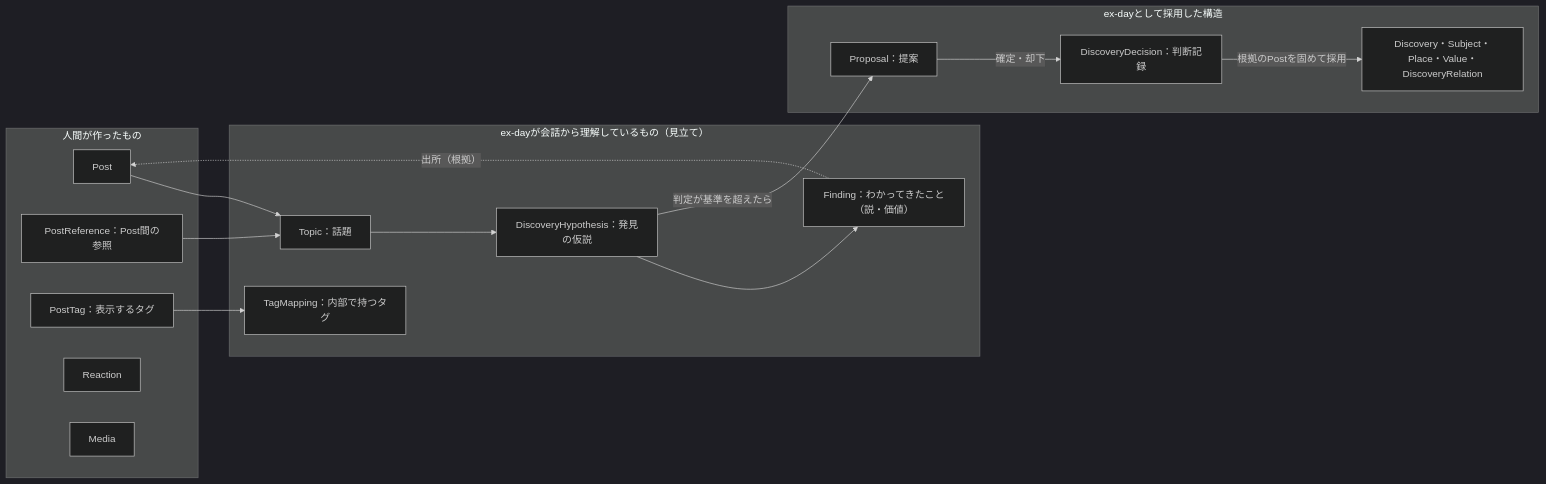
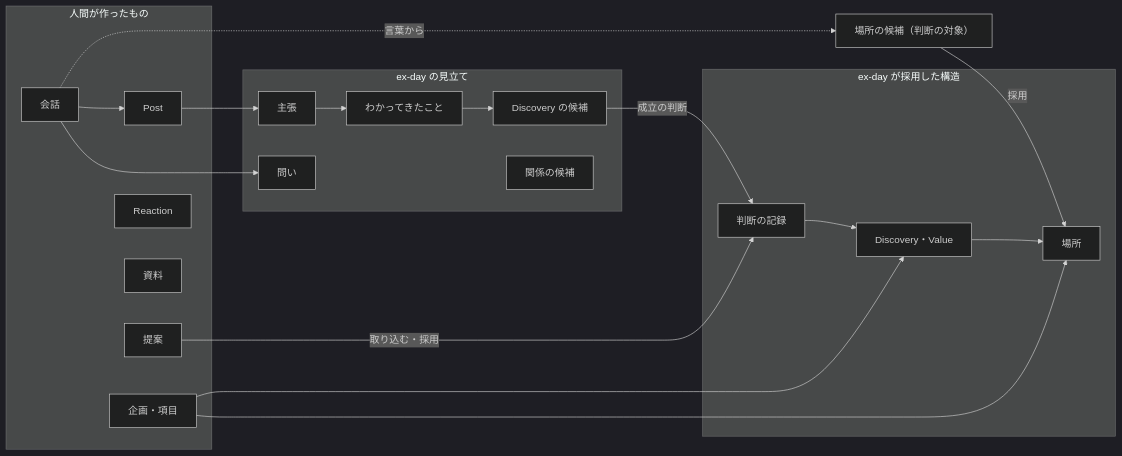
The first of 2 diagrams in docs/ex-day_domain_model.md (ex-day/platform), drawn with Mermaid (dark theme) before and after one commit. The commit also changed other lines of this file, not shown here.

````diff
--- a/docs/ex-day_domain_model.md
+++ b/docs/ex-day_domain_model.md
@@ -74,30 +81,36 @@
 ```mermaid
 flowchart LR
     subgraph H["人間が作ったもの"]
+        C["会話"]
         P["Post"]
-        PR["PostReference：Post間の参照"]
-        PT["PostTag：表示するタグ"]
+        PJ["企画・項目"]
+        PR["提案"]
         RE["Reaction"]
-        ME["Media"]
+        ME["資料"]
     end
-    subgraph V["ex-dayが会話から理解しているもの（見立て）"]
-        T["Topic：話題"]
-        HY["DiscoveryHypothesis：発見の仮説"]
-        F["Finding：わかってきたこと（説・価値）"]
-        TM["TagMapping：内部で持つタグ"]
+    subgraph V["ex-day の見立て"]
+        CL["主張"]
+        F["わかってきたこと"]
+        Q["問い"]
+        DC["Discovery の候補"]
+        PC["関係の候補"]
     end
-    subgraph A["ex-dayとして採用した構造"]
-        PP["Proposal：提案"]
-        DD["DiscoveryDecision：判断記録"]
-        D["Discovery・Subject・Place・Value・DiscoveryRelation"]
+    subgraph A["ex-day が採用した構造"]
+        PL["場所"]
+        D["Discovery・Value"]
+        DD["判断の記録"]
     end
-    P --> T
-    PR --> T
-    PT --> TM
-    T --> HY
-    HY --> F
-    F -.->|出所（根拠）| P
-    HY -->|判定が基準を超えたら| PP
-    PP -->|確定・却下| DD
-    DD -->|根拠のPostを固めて採用| D
+    C --> P
+    P --> CL
+    CL --> F
+    C --> Q
+    F --> DC
+    C -.->|言葉から| PCA["場所の候補（判断の対象）"]
+    PCA -->|採用| PL
+    DC -->|成立の判断| DD
+    PR -->|取り込む・採用| DD
+    DD --> D
+    D --> PL
+    PJ --> PL
+    PJ --> D
 ```
````
